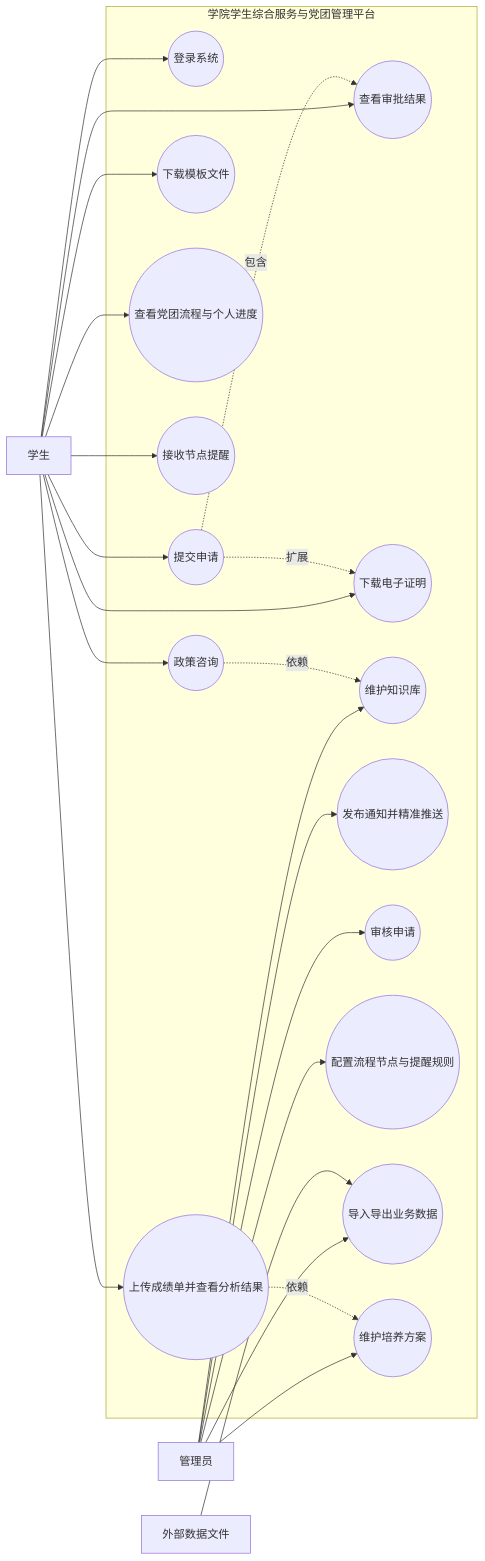
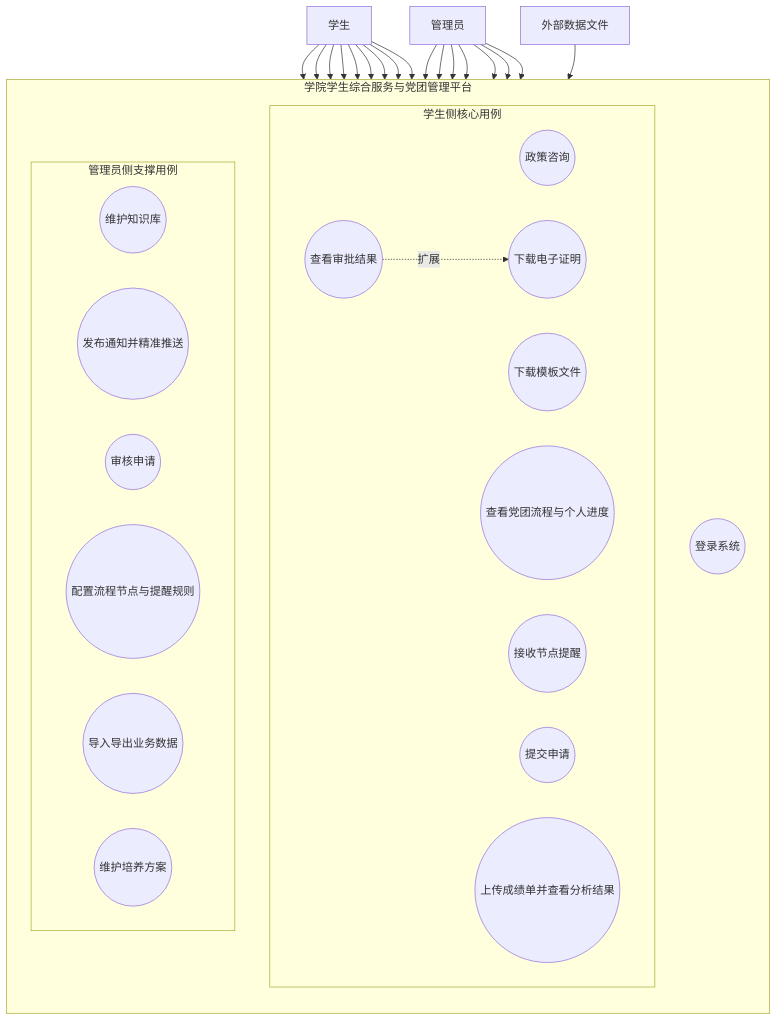
Before and after one commit to gabriellaXL/Software-engineer-team: the fourth of 15 diagrams in 软件设计文档.md, drawn with Mermaid. The commit also changed other lines of this file, not shown here.

Commit message:
完善软件设计文档图表与渲染

````diff
--- a/软件设计文档.md
+++ b/软件设计文档.md
@@ -200,49 +343,55 @@
 ```mermaid
-flowchart LR
+flowchart TB
     student[学生]
     admin[管理员]
     extfile[外部数据文件]
 
     subgraph system[学院学生综合服务与党团管理平台]
-        uc1((登录系统))
-        uc2((政策咨询))
-        uc3((下载模板文件))
-        uc4((查看党团流程与个人进度))
-        uc5((接收节点提醒))
-        uc6((提交申请))
-        uc7((查看审批结果))
-        uc8((下载电子证明))
-        uc9((上传成绩单并查看分析结果))
+        direction TB
+        login((登录系统))
 
-        uc10((维护知识库))
-        uc11((发布通知并精准推送))
-        uc12((审核申请))
-        uc13((配置流程节点与提醒规则))
-        uc14((导入导出业务数据))
-        uc15((维护培养方案))
+        subgraph studentArea[学生侧核心用例]
+            direction LR
+            uc2((政策咨询))
+            uc3((下载模板文件))
+            uc4((查看党团流程与个人进度))
+            uc5((接收节点提醒))
+            uc6((提交申请))
+            uc7((查看审批结果))
+            uc8((下载电子证明))
+            uc9((上传成绩单并查看分析结果))
+        end
+
+        subgraph adminArea[管理员侧支撑用例]
+            direction LR
+            uc10((维护知识库))
+            uc11((发布通知并精准推送))
+            uc12((审核申请))
+            uc13((配置流程节点与提醒规则))
+            uc14((导入导出业务数据))
+            uc15((维护培养方案))
+        end
     end
 
-    student --> uc1
+    student --> login
     student --> uc2
     student --> uc3
     student --> uc4
     student --> uc5
     student --> uc6
     student --> uc7
     student --> uc8
     student --> uc9
 
+    admin --> login
     admin --> uc10
     admin --> uc11
     admin --> uc12
     admin --> uc13
     admin --> uc14
     admin --> uc15
 
     extfile --> uc14
 
-    uc6 -. 包含 .-> uc7
-    uc6 -. 扩展 .-> uc8
-    uc9 -. 依赖 .-> uc15
-    uc2 -. 依赖 .-> uc10
+    uc7 -. 扩展 .-> uc8
 ```
````
